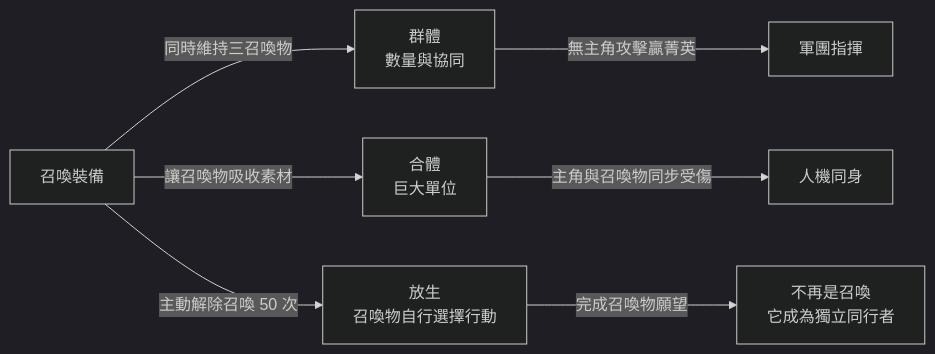
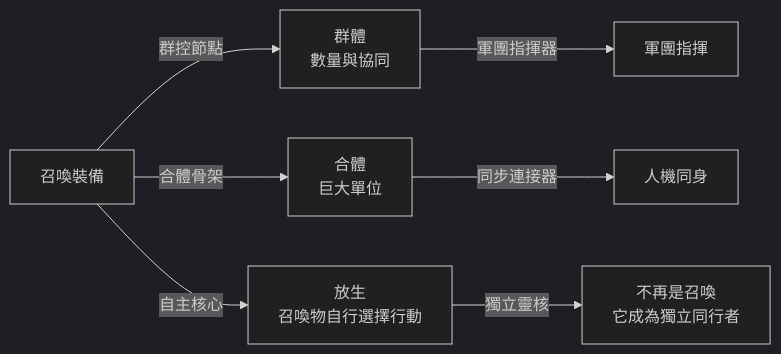
One commit to judadao/game_godot changed the fifth of 11 diagrams in concept/story/game_story/05_戰鬥設計/裝備詞條與進化路線.md. Above: the diagram before and after it, drawn with Mermaid (dark theme). The commit also changed other lines of this file and 72 other files, not shown here.

````diff
--- a/concept/story/game_story/05_戰鬥設計/裝備詞條與進化路線.md
+++ b/concept/story/game_story/05_戰鬥設計/裝備詞條與進化路線.md
@@ -196,9 +200,9 @@
 ```mermaid
 flowchart LR
-    A[召喚裝備] -->|同時維持三召喚物| B[群體<br/>數量與協同]
-    A -->|讓召喚物吸收素材| C[合體<br/>巨大單位]
-    A -->|主動解除召喚 50 次| D[放生<br/>召喚物自行選擇行動]
-    B -->|無主角攻擊贏菁英| E[軍團指揮]
-    C -->|主角與召喚物同步受傷| F[人機同身]
-    D -->|完成召喚物願望| G[不再是召喚<br/>它成為獨立同行者]
+    A[召喚裝備] -->|群控節點| B[群體<br/>數量與協同]
+    A -->|合體骨架| C[合體<br/>巨大單位]
+    A -->|自主核心| D[放生<br/>召喚物自行選擇行動]
+    B -->|軍團指揮器| E[軍團指揮]
+    C -->|同步連接器| F[人機同身]
+    D -->|獨立靈核| G[不再是召喚<br/>它成為獨立同行者]
 ```
````
